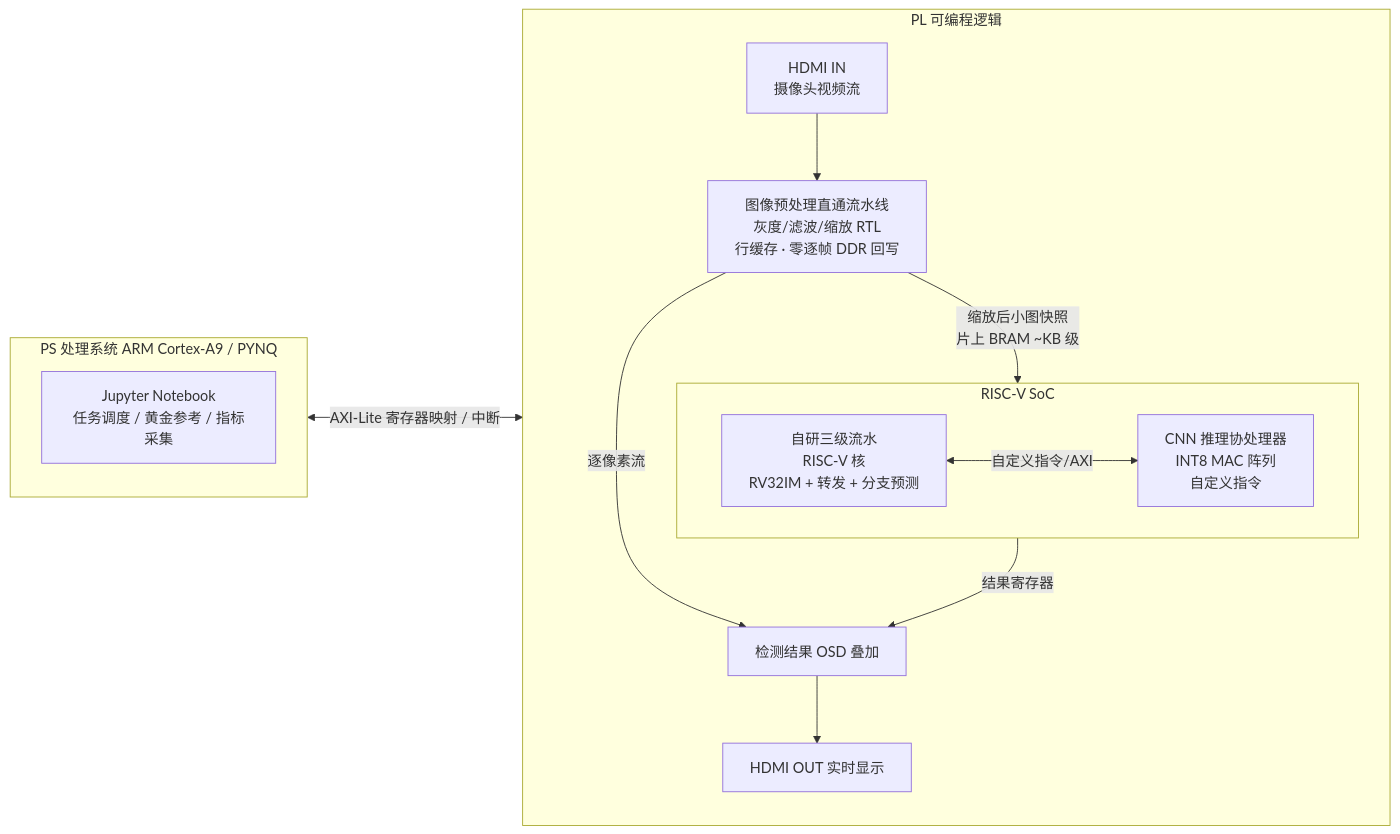
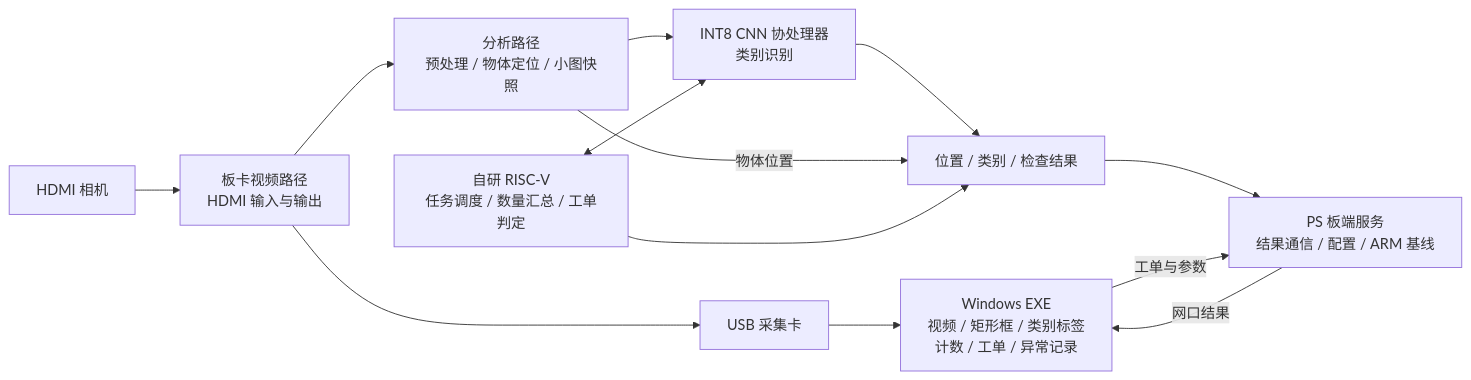
The diagram in README.md (never-die-cold/FPGA-Alittle-Design), drawn with Mermaid before and after one commit. The commit also changed other lines of this file and 4 other files, not shown here.

````diff
--- a/README.md
+++ b/README.md
@@ -53,18 +55,14 @@
 ```mermaid
 flowchart LR
-    subgraph PL[PL 可编程逻辑]
-        CAM[HDMI IN<br/>摄像头视频流] --> PRE[图像预处理直通流水线<br/>灰度/滤波/缩放 RTL<br/>行缓存 · 零逐帧 DDR 回写]
-        PRE -->|逐像素流| OSD[检测结果 OSD 叠加] --> HDMI[HDMI OUT 实时显示]
-        PRE -->|缩放后小图快照<br/>片上 BRAM ~KB 级| SOC2
-        subgraph SOC2[RISC-V SoC]
-            CPU[自研三级流水<br/>RISC-V 核<br/>RV32IM + 转发 + 分支预测]
-            COP[CNN 推理协处理器<br/>INT8 MAC 阵列<br/>自定义指令]
-            CPU <-->|自定义指令/AXI| COP
-        end
-        SOC2 -->|结果寄存器| OSD
-    end
-    subgraph PS[PS 处理系统 ARM Cortex-A9 / PYNQ]
-        JUP[Jupyter Notebook<br/>任务调度 / 黄金参考 / 指标采集]
-    end
-    PS <-->|AXI-Lite 寄存器映射 / 中断| PL
+    CAM[HDMI 相机] --> VIDEO[板卡视频路径<br/>HDMI 输入与输出]
+    VIDEO --> CAP[USB 采集卡] --> UI[Windows EXE<br/>视频 / 矩形框 / 类别标签<br/>计数 / 工单 / 异常记录]
+    VIDEO --> PRE[分析路径<br/>预处理 / 物体定位 / 小图快照]
+    PRE --> COP[INT8 CNN 协处理器<br/>类别识别]
+    CPU[自研 RISC-V<br/>任务调度 / 数量汇总 / 工单判定] <--> COP
+    COP --> RES[位置 / 类别 / 检查结果]
+    PRE -->|物体位置| RES
+    CPU --> RES
+    RES --> PS[PS 板端服务<br/>结果通信 / 配置 / ARM 基线]
+    PS -->|网口结果| UI
+    UI -->|工单与参数| PS
 ```
````
